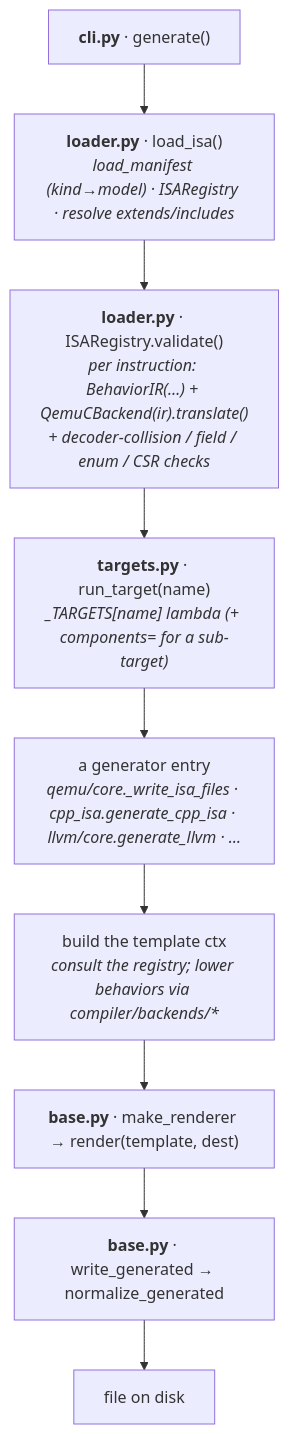
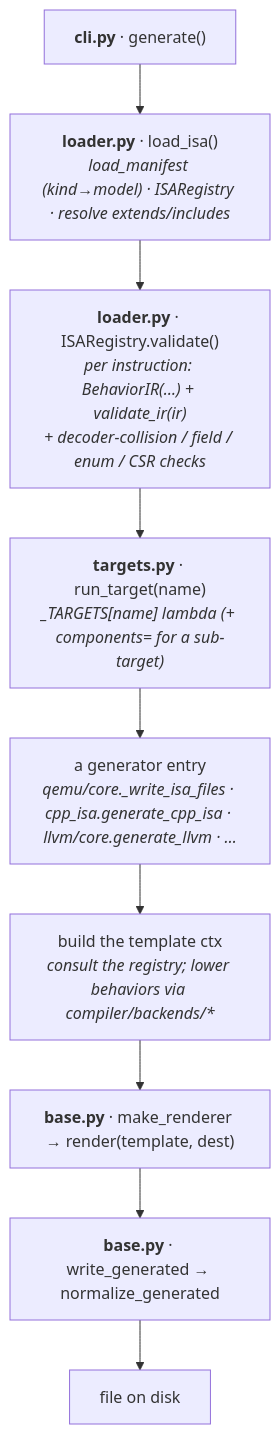
The second of 2 diagrams in docs/development/architecture.md (AbduElturki/isa-archive), drawn with Mermaid before and after one commit. The commit also changed other lines of this file and 20 other files, not shown here.

````diff
--- a/docs/development/architecture.md
+++ b/docs/development/architecture.md
@@ -77,11 +77,11 @@
 ```mermaid
 flowchart TB
     A["<b>cli.py</b> · generate()"] --> B["<b>loader.py</b> · load_isa()<br/><i>load_manifest (kind→model) · ISARegistry · resolve extends/includes</i>"]
-    B --> V["<b>loader.py</b> · ISARegistry.validate()<br/><i>per instruction: BehaviorIR(…) + QemuCBackend(ir).translate()<br/>+ decoder-collision / field / enum / CSR checks</i>"]
+    B --> V["<b>loader.py</b> · ISARegistry.validate()<br/><i>per instruction: BehaviorIR(…) + validate_ir(ir)<br/>+ decoder-collision / field / enum / CSR checks</i>"]
     V --> D["<b>targets.py</b> · run_target(name)<br/><i>_TARGETS[name] lambda (+ components= for a sub-target)</i>"]
     D --> G["a generator entry<br/><i>qemu/core._write_isa_files · cpp_isa.generate_cpp_isa · llvm/core.generate_llvm · …</i>"]
     G --> C["build the template ctx<br/><i>consult the registry; lower behaviors via compiler/backends/*</i>"]
     C --> R["<b>base.py</b> · make_renderer → render(template, dest)"]
     R --> W["<b>base.py</b> · write_generated → normalize_generated"]
     W --> F["file on disk"]
 ```
````
